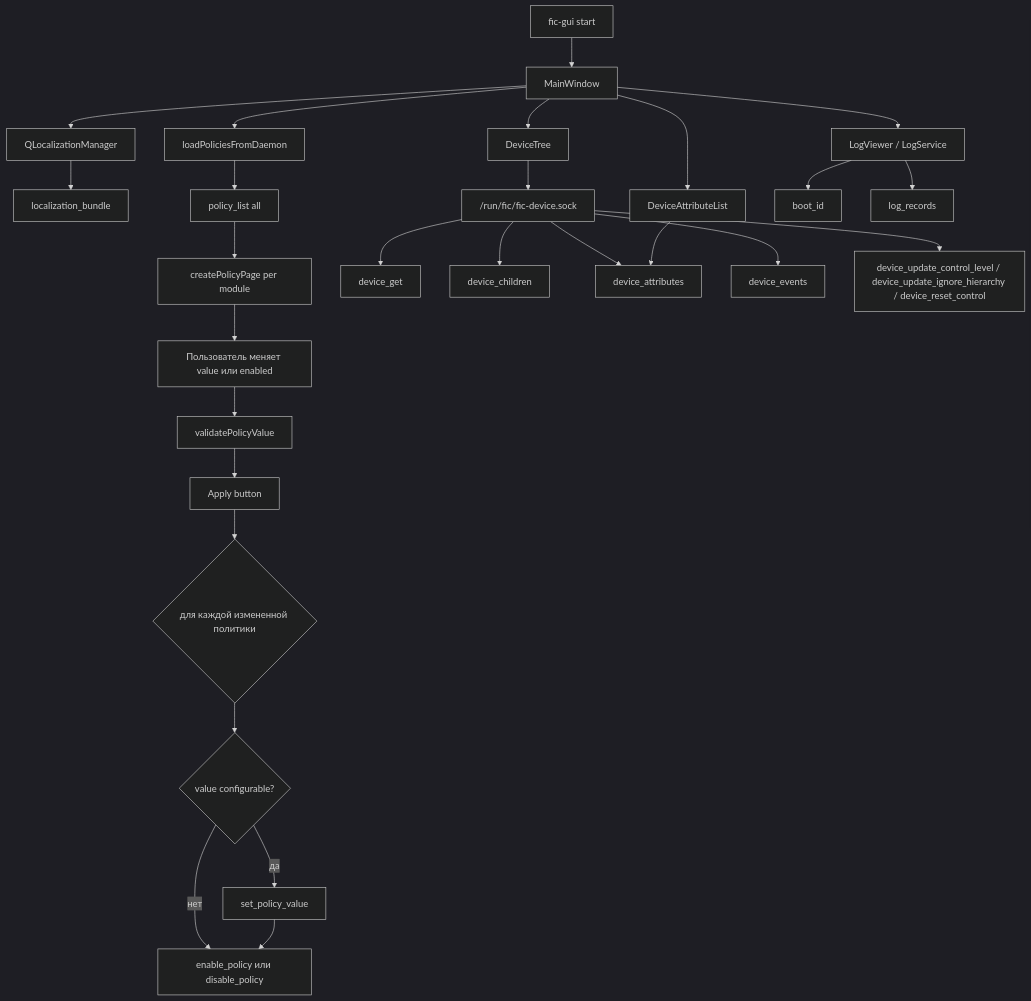
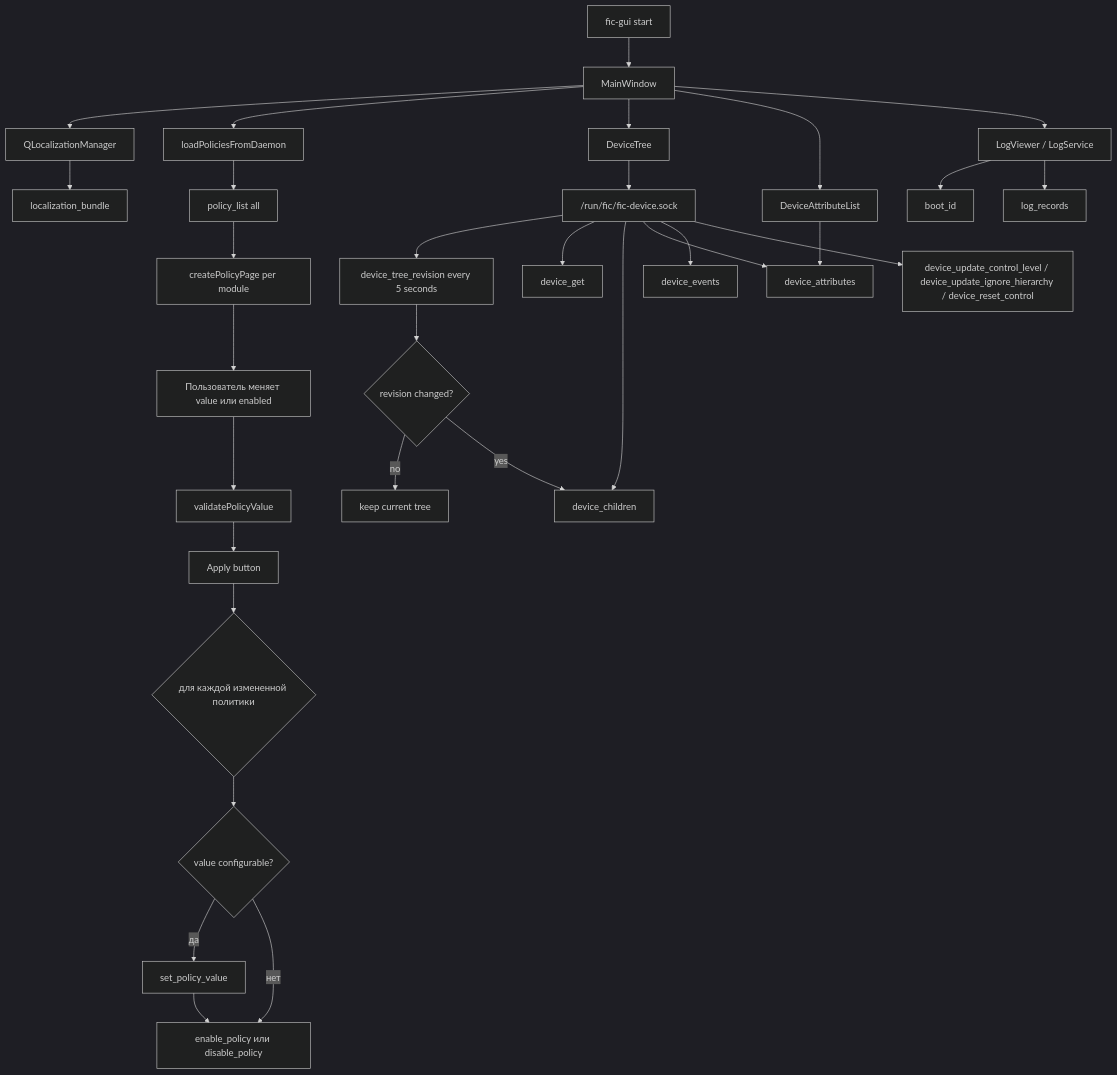
Diagram 13 of 15 in docs/architecture-diagrams.md (RevoltStar/FIC), drawn with Mermaid (dark theme) before and after one commit. The commit also changed other lines of this file and 15 other files, not shown here.

````diff
--- a/docs/architecture-diagrams.md
+++ b/docs/architecture-diagrams.md
@@ -507,34 +507,39 @@
 ```mermaid
 flowchart TD
     start[fic-gui start] --> mainWindow[MainWindow]
     mainWindow --> localization[QLocalizationManager]
     localization --> ipcLoc[localization_bundle]
 
     mainWindow --> policyLoad[loadPoliciesFromDaemon]
     policyLoad --> ipcPolicies[policy_list all]
     ipcPolicies --> policyPages[createPolicyPage per module]
 
     policyPages --> edit[Пользователь меняет value или enabled]
     edit --> validateGui[validatePolicyValue]
     validateGui --> apply[Apply button]
     apply --> setLoop{для каждой измененной политики}
     setLoop --> setIfNeeded{value configurable?}
     setIfNeeded -->|да| setValue[set_policy_value]
     setIfNeeded -->|нет| state
     setValue --> state[enable_policy или disable_policy]
 
     mainWindow --> deviceTree[DeviceTree]
     deviceTree --> deviceSock["/run/fic/fic-device.sock"]
+    deviceSock --> devRevision[device_tree_revision every 5 seconds]
     deviceSock --> devGet[device_get]
     deviceSock --> devChildren[device_children]
     deviceSock --> devAttrs[device_attributes]
     deviceSock --> devEvents[device_events]
     deviceSock --> devControl[device_update_control_level / device_update_ignore_hierarchy / device_reset_control]
+
+    devRevision --> changed{revision changed?}
+    changed -->|no| keepTree[keep current tree]
+    changed -->|yes| devChildren
 
     mainWindow --> attrList[DeviceAttributeList]
     attrList --> devAttrs
 
     mainWindow --> logViewer[LogViewer / LogService]
     logViewer --> boot[boot_id]
     logViewer --> records[log_records]
 ```
````
